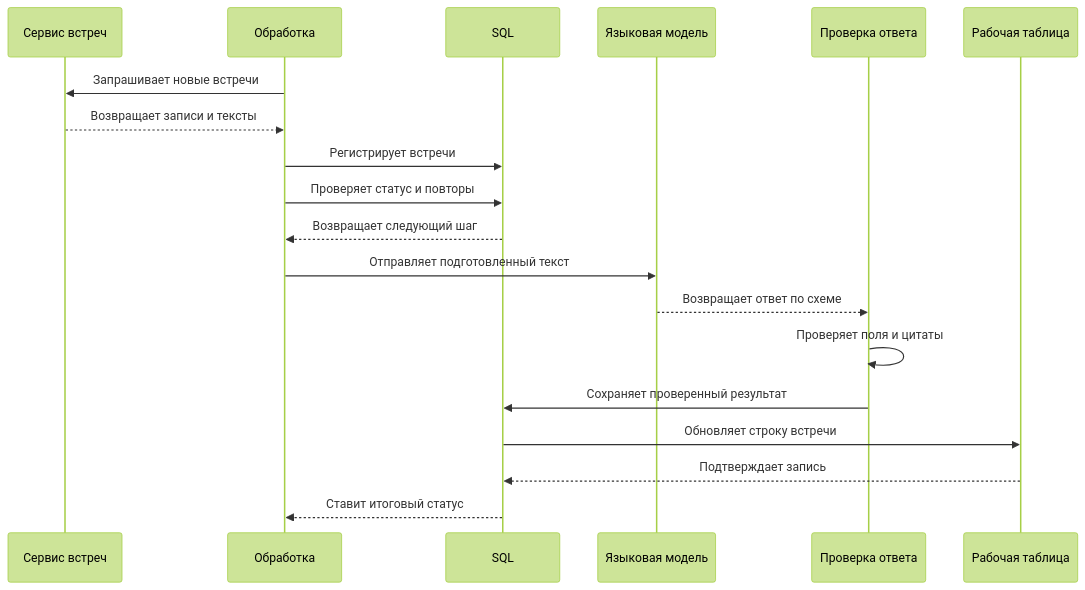
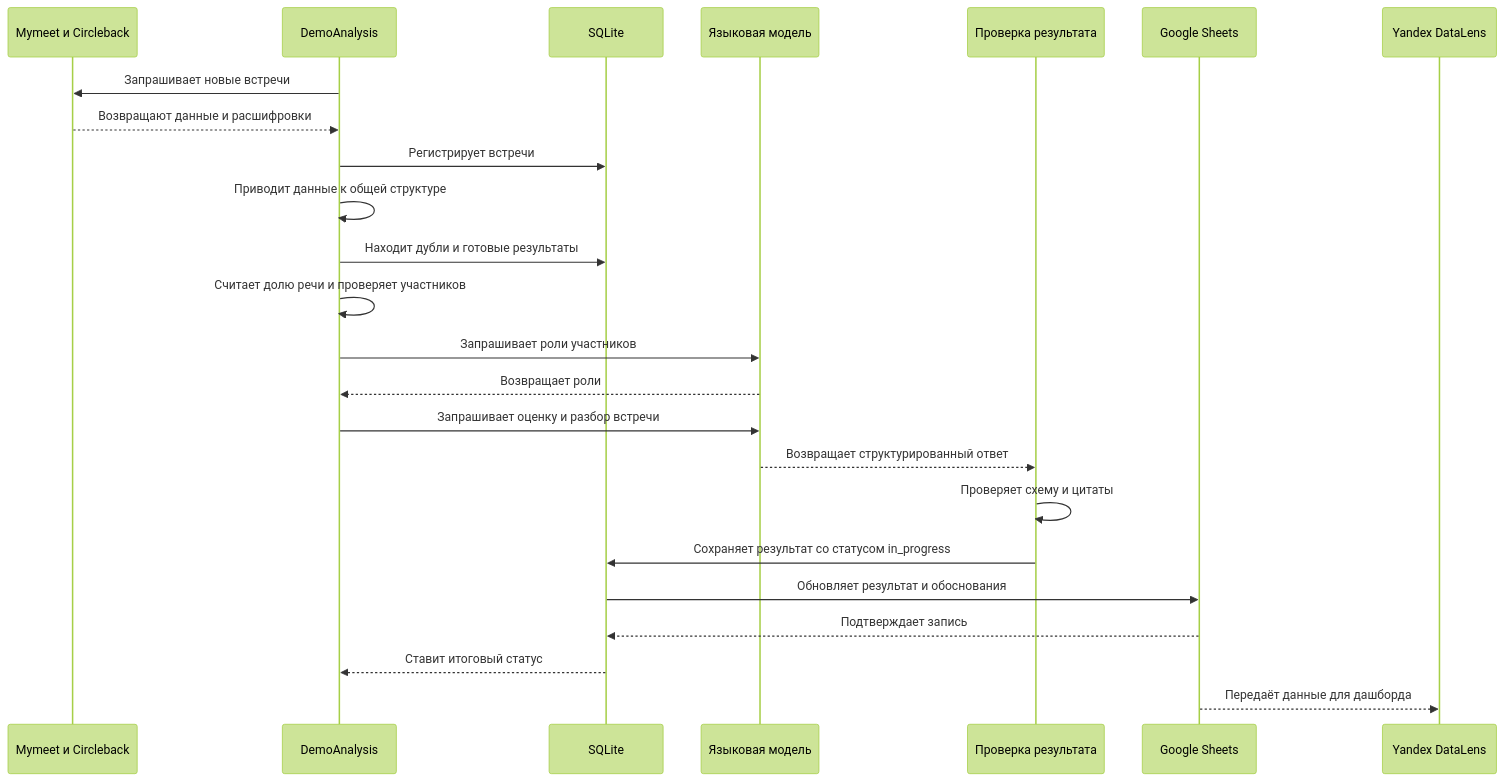
The first of 2 diagrams in case-studies/demo-analysis.md (Inspired-0/Inspired-0), drawn with Mermaid (forest theme) before and after one commit. The commit also changed other lines of this file and 1 other file, not shown here.

First line of the commit message:
docs: expand DemoAnalysis pipeline and data agent case

````diff
--- a/case-studies/demo-analysis.md
+++ b/case-studies/demo-analysis.md
@@ -17,22 +61,27 @@
 ```mermaid
 sequenceDiagram
-    participant Source as Сервис встреч
-    participant Pipeline as Обработка
-    participant State as SQL
+    participant Sources as Mymeet и Circleback
+    participant Pipeline as DemoAnalysis
+    participant State as SQLite
     participant LLM as Языковая модель
-    participant Check as Проверка ответа
-    participant Table as Рабочая таблица
+    participant Check as Проверка результата
+    participant Sheets as Google Sheets
+    participant Dashboard as Yandex DataLens
 
-    Pipeline->>Source: Запрашивает новые встречи
-    Source-->>Pipeline: Возвращает записи и тексты
+    Pipeline->>Sources: Запрашивает новые встречи
+    Sources-->>Pipeline: Возвращают данные и расшифровки
     Pipeline->>State: Регистрирует встречи
-    Pipeline->>State: Проверяет статус и повторы
-    State-->>Pipeline: Возвращает следующий шаг
-    Pipeline->>LLM: Отправляет подготовленный текст
-    LLM-->>Check: Возвращает ответ по схеме
-    Check->>Check: Проверяет поля и цитаты
-    Check->>State: Сохраняет проверенный результат
-    State->>Table: Обновляет строку встречи
-    Table-->>State: Подтверждает запись
+    Pipeline->>Pipeline: Приводит данные к общей структуре
+    Pipeline->>State: Находит дубли и готовые результаты
+    Pipeline->>Pipeline: Считает долю речи и проверяет участников
+    Pipeline->>LLM: Запрашивает роли участников
+    LLM-->>Pipeline: Возвращает роли
+    Pipeline->>LLM: Запрашивает оценку и разбор встречи
+    LLM-->>Check: Возвращает структурированный ответ
+    Check->>Check: Проверяет схему и цитаты
+    Check->>State: Сохраняет результат со статусом in_progress
+    State->>Sheets: Обновляет результат и обоснования
+    Sheets-->>State: Подтверждает запись
     State-->>Pipeline: Ставит итоговый статус
+    Sheets-->>Dashboard: Передаёт данные для дашборда
 ```
````
